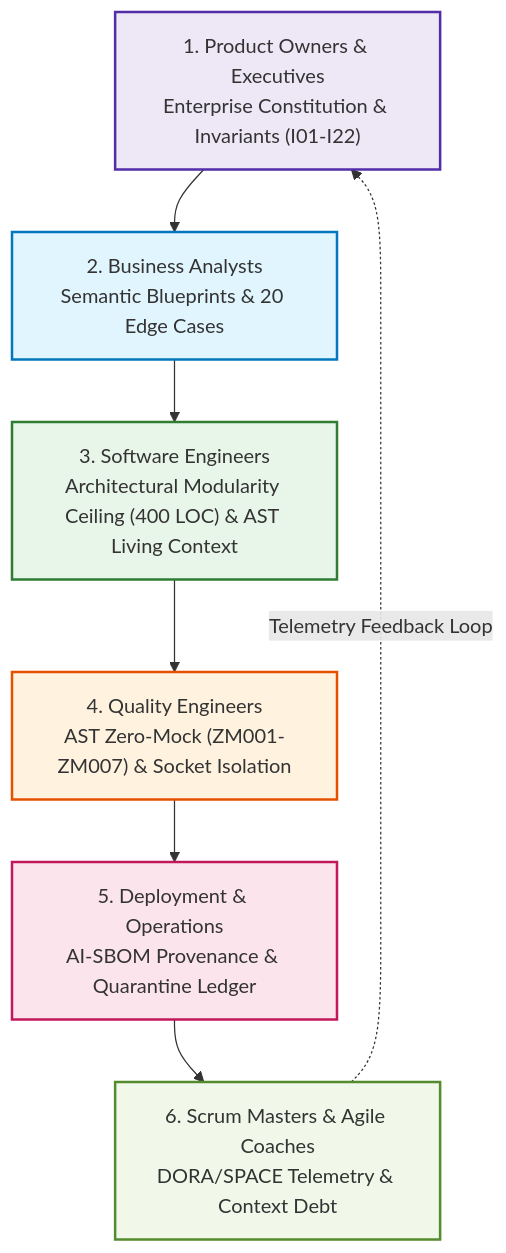
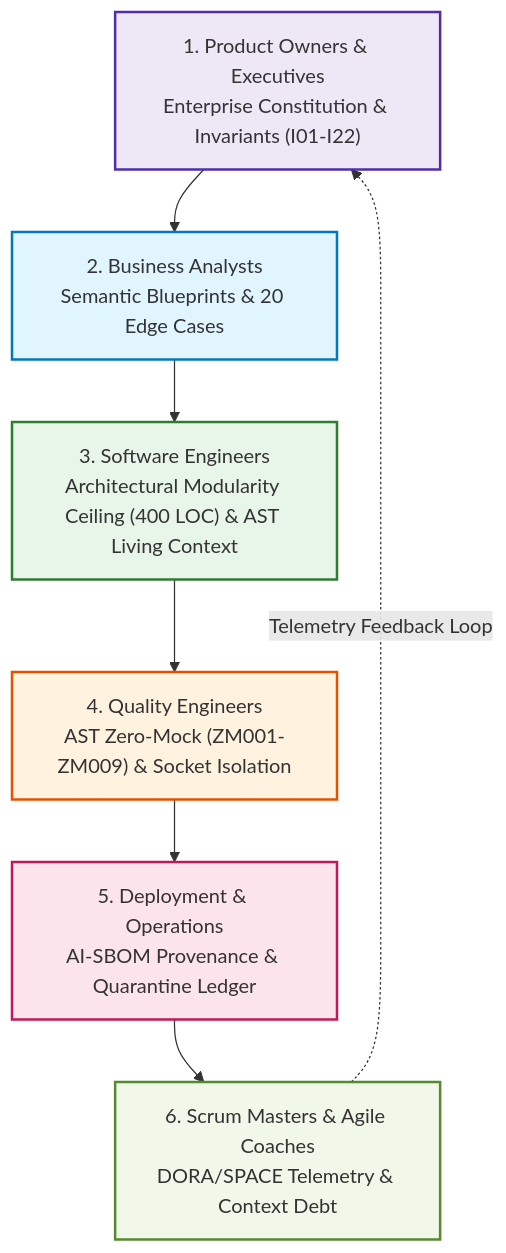
Before and after one commit to bdchang403/AI_Software_Foundations: the diagram in README.md, drawn with Mermaid. The commit also changed other lines of this file and 64 other files, not shown here.

````diff
--- a/README.md
+++ b/README.md
@@ -71,16 +71,16 @@
 ```mermaid
 flowchart TD
     PO["1. Product Owners & Executives<br>Enterprise Constitution & Invariants (I01-I22)"] --> BA["2. Business Analysts<br>Semantic Blueprints & 20 Edge Cases"]
     BA --> DEV["3. Software Engineers<br>Architectural Modularity Ceiling (400 LOC) & AST Living Context"]
-    DEV --> QE["4. Quality Engineers<br>AST Zero-Mock (ZM001-ZM007) & Socket Isolation"]
+    DEV --> QE["4. Quality Engineers<br>AST Zero-Mock (ZM001-ZM009) & Socket Isolation"]
     QE --> OPS["5. Deployment & Operations<br>AI-SBOM Provenance & Quarantine Ledger"]
     OPS --> SM["6. Scrum Masters & Agile Coaches<br>DORA/SPACE Telemetry & Context Debt"]
     SM -. "Telemetry Feedback Loop" .-> PO
 
     style PO fill:#ede7f6,stroke:#512da8,stroke-width:2px;
     style BA fill:#e1f5fe,stroke:#0277bd,stroke-width:2px;
     style DEV fill:#e8f5e9,stroke:#2e7d32,stroke-width:2px;
     style QE fill:#fff3e0,stroke:#e65100,stroke-width:2px;
     style OPS fill:#fce4ec,stroke:#c2185b,stroke-width:2px;
     style SM fill:#f1f8e9,stroke:#558b2f,stroke-width:2px;
 ```
````
